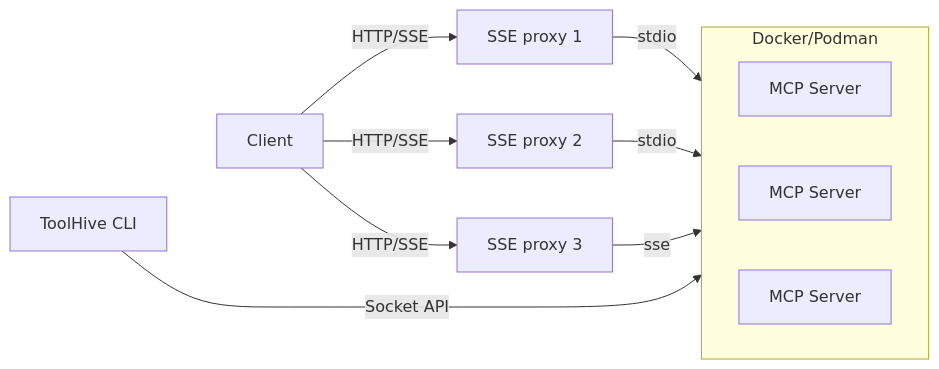
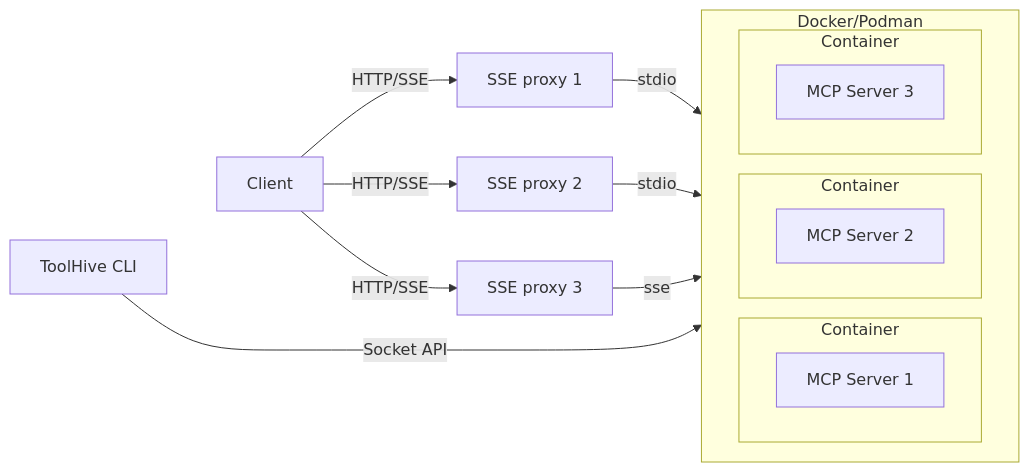
The diagram in README.md (stacklok/toolhive), drawn with Mermaid before and after one commit.

Commit message:
Revert the separate subgraph changes

````diff
--- a/README.md
+++ b/README.md
@@ -178,15 +178,21 @@
 ```mermaid
 flowchart LR
   subgraph container["Docker/Podman"]
     direction LR
-    mcp1["MCP Server"]
-    mcp2["MCP Server"]
-    mcp3["MCP Server"]
+    subgraph container1["Container"]
+        mcp1["MCP Server 1"]
+    end
+    subgraph container2["Container"]
+        mcp2["MCP Server 2"]
+    end
+    subgraph container3["Container"]
+        mcp3["MCP Server 3"]
+    end
   end
     proxy1["SSE proxy 1"] -- stdio --> mcp1
     proxy2["SSE proxy 2"] -- stdio --> mcp2
     proxy3["SSE proxy 3"] -- sse --> mcp3
     T["ToolHive CLI"] -- Socket API --> container
     C["Client"] -- HTTP/SSE --> proxy1 & proxy2 & proxy3
     T ~~~ C
 ```
````
